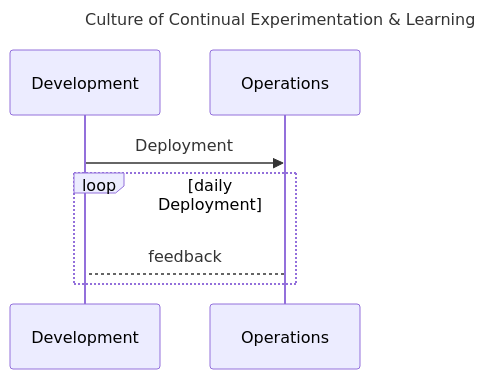
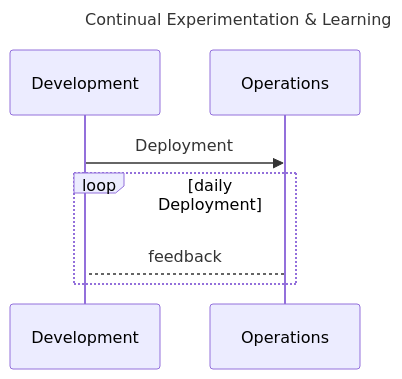
One commit to nepalsingh/cloud-training changed the sixth of 6 diagrams in README.md. Above: the diagram before and after it, drawn with Mermaid. The commit also changed other lines of this file, not shown here.

Commit message:
Update flowchart

````diff
--- a/README.md
+++ b/README.md
@@ -929,12 +929,12 @@
 ```mermaid
 ---
-title: Culture of Continual Experimentation & Learning
+title: Continual Experimentation & Learning
 ---
 
 sequenceDiagram
   Development ->> Operations: Deployment
   loop daily Deployment
     Operations --> Development: feedback
   end
 
 ```
````
